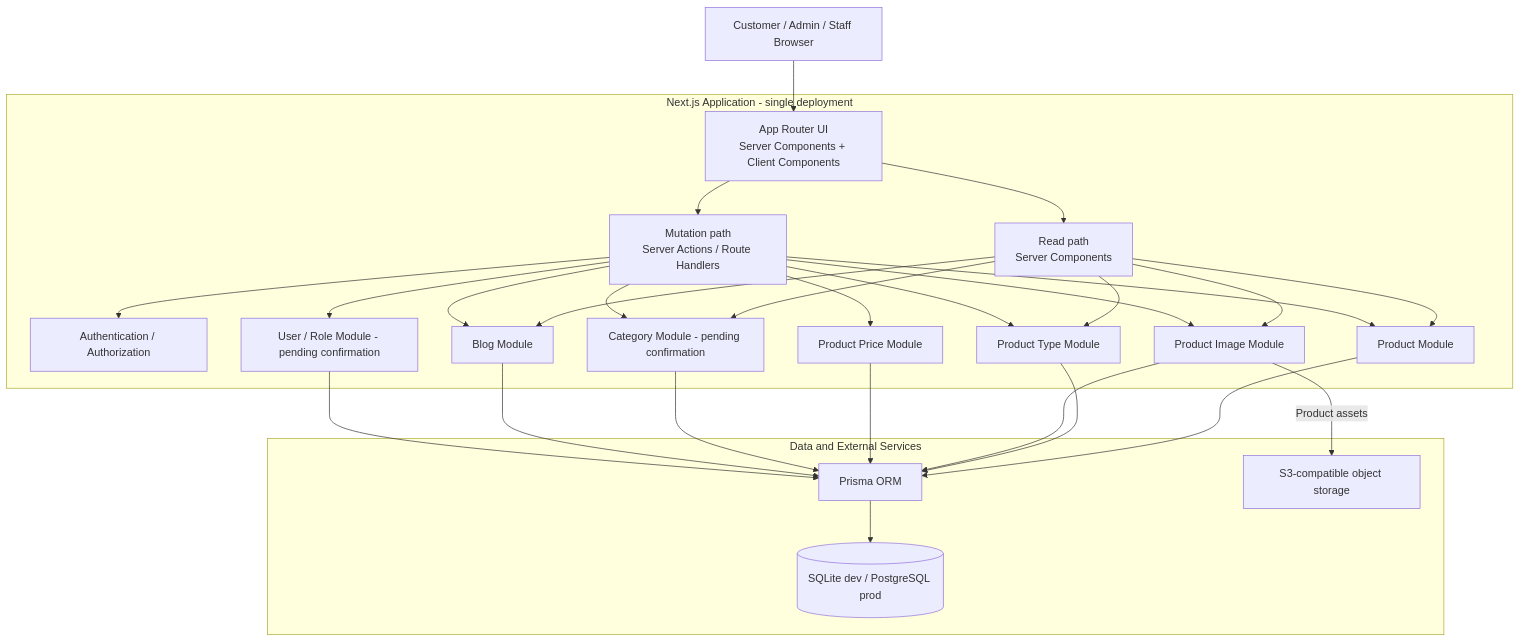
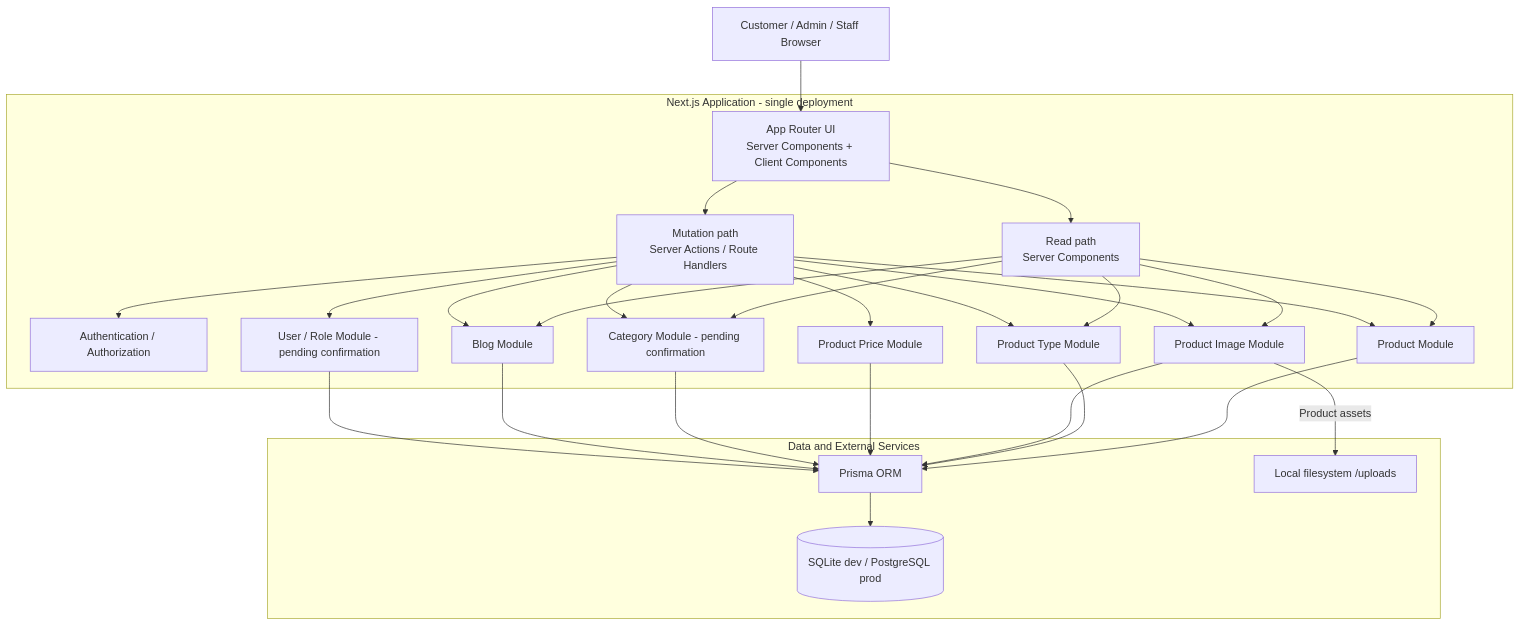
One commit to khanhtung2410/ant-jewelry changed the first of 5 diagrams in docs/ARCHITECTURE.md. Above: the diagram before and after it, drawn with Mermaid. The commit also changed other lines of this file and 14 other files, not shown here.

First line of the commit message:
refactor(storage): store product images on local filesystem (#37)

````diff
--- a/docs/ARCHITECTURE.md
+++ b/docs/ARCHITECTURE.md
@@ -288,53 +288,53 @@
 ```mermaid
 flowchart TB
     Browser[Customer / Admin / Staff Browser]
 
     subgraph NEXT[Next.js Application - single deployment]
         UI[App Router UI<br/>Server Components + Client Components]
         Read[Read path<br/>Server Components]
         Mutate[Mutation path<br/>Server Actions / Route Handlers]
         Auth[Authentication / Authorization]
         Product[Product Module]
         ProductType[Product Type Module]
         ProductImage[Product Image Module]
         ProductPrice[Product Price Module]
         Category[Category Module - pending confirmation]
         Blog[Blog Module]
         User[User / Role Module - pending confirmation]
 
         UI --> Read
         UI --> Mutate
         Mutate --> Auth
         Read --> Product
         Read --> ProductType
         Read --> ProductImage
         Read --> Category
         Read --> Blog
         Mutate --> Product
         Mutate --> ProductType
         Mutate --> ProductImage
         Mutate --> ProductPrice
         Mutate --> Category
         Mutate --> Blog
         Mutate --> User
     end
 
     subgraph DATA[Data and External Services]
         Prisma[Prisma ORM]
         DB[(SQLite dev / PostgreSQL prod)]
-        S3Storage[S3-compatible object storage]
+        LocalStorage[Local filesystem /uploads]
     end
 
     Browser --> UI
 
     Product --> Prisma
     ProductType --> Prisma
     ProductImage --> Prisma
     ProductPrice --> Prisma
     Category --> Prisma
     Blog --> Prisma
     User --> Prisma
 
     Prisma --> DB
-    ProductImage -->|Product assets| S3Storage
+    ProductImage -->|Product assets| LocalStorage
 ```
````
